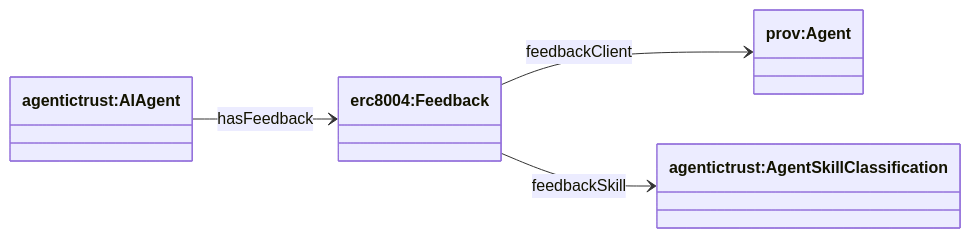
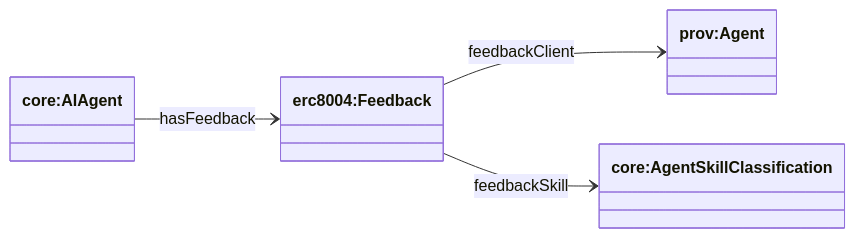
One commit to Agentic-Trust-Layer/agent-explorer changed the ninth of 9 diagrams in docs/ontology/situation.md. Above: the diagram before and after it, drawn with Mermaid. The commit also changed other lines of this file and 49 other files, not shown here.

````diff
--- a/docs/ontology/situation.md
+++ b/docs/ontology/situation.md
@@ -414,13 +414,13 @@
 ```mermaid
 classDiagram
 direction LR
 
-class AIAgent["agentictrust:AIAgent"]
+class AIAgent["core:AIAgent"]
 class Feedback["erc8004:Feedback"]
 class provAgent["prov:Agent"]
-class Skill["agentictrust:AgentSkillClassification"]
+class Skill["core:AgentSkillClassification"]
 
 AIAgent --> Feedback : hasFeedback
 Feedback --> provAgent : feedbackClient
 Feedback --> Skill : feedbackSkill
 ```
````
